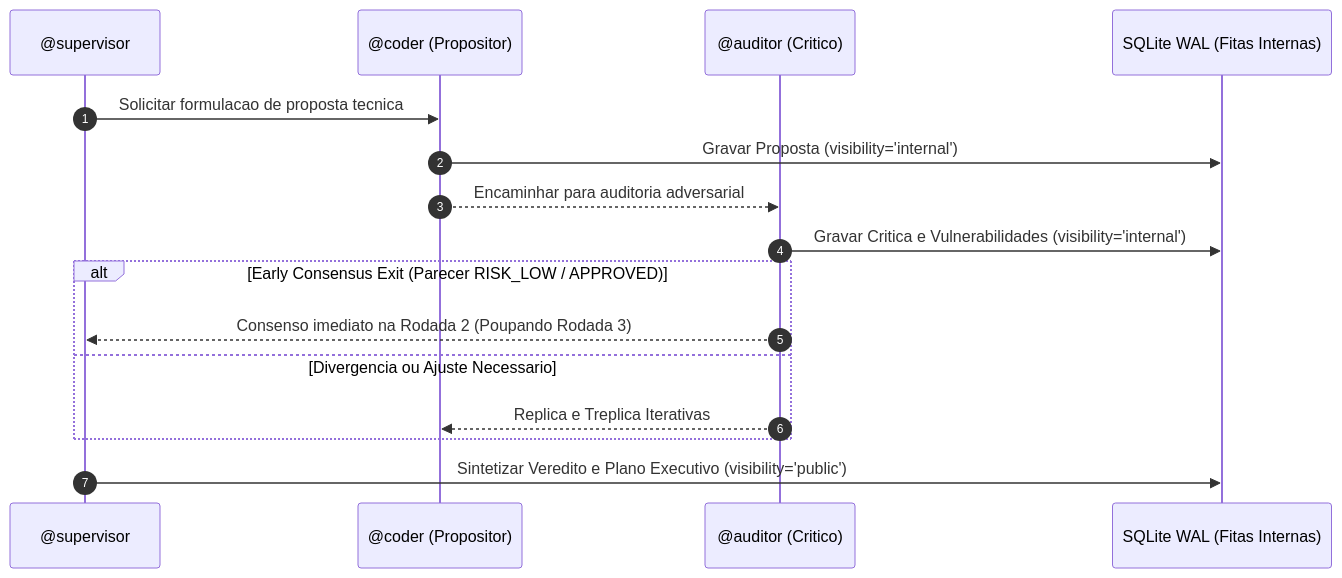
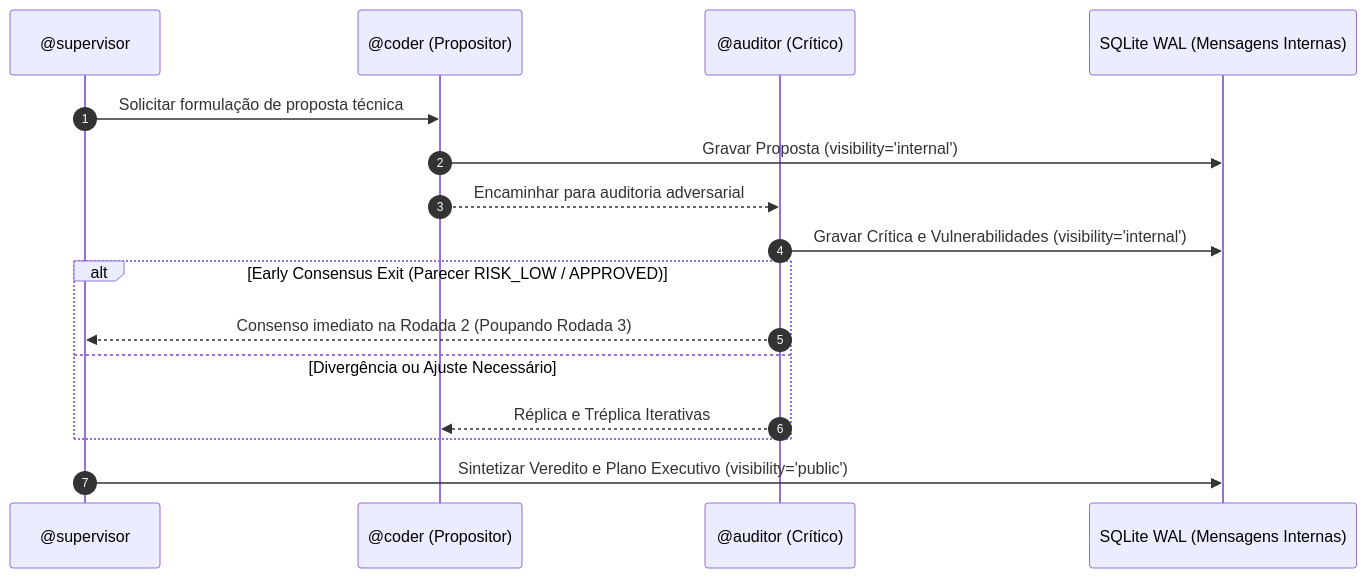
Before and after one commit to lyonpamplona/piDots: the tenth of 13 diagrams in ARCHITECTURE.md, drawn with Mermaid. The commit also changed other lines of this file and 1 other file, not shown here.

````diff
--- a/ARCHITECTURE.md
+++ b/ARCHITECTURE.md
@@ -744,19 +745,19 @@
 ```mermaid
 sequenceDiagram
     autonumber
     participant Supervisor as @supervisor
     participant Proponent as @coder (Propositor)
-    participant Critic as @auditor (Critico)
-    participant Thread as SQLite WAL (Fitas Internas)
+    participant Critic as @auditor (Crítico)
+    participant Thread as SQLite WAL (Mensagens Internas)
 
-    Supervisor->>Proponent: Solicitar formulacao de proposta tecnica
+    Supervisor->>Proponent: Solicitar formulação de proposta técnica
     Proponent->>Thread: Gravar Proposta (visibility='internal')
     Proponent-->>Critic: Encaminhar para auditoria adversarial
-    Critic->>Thread: Gravar Critica e Vulnerabilidades (visibility='internal')
+    Critic->>Thread: Gravar Crítica e Vulnerabilidades (visibility='internal')
     alt Early Consensus Exit (Parecer RISK_LOW / APPROVED)
         Critic-->>Supervisor: Consenso imediato na Rodada 2 (Poupando Rodada 3)
-    else Divergencia ou Ajuste Necessario
-        Critic-->>Proponent: Replica e Treplica Iterativas
+    else Divergência ou Ajuste Necessário
+        Critic-->>Proponent: Réplica e Tréplica Iterativas
     end
     Supervisor->>Thread: Sintetizar Veredito e Plano Executivo (visibility='public')
 ```
````
